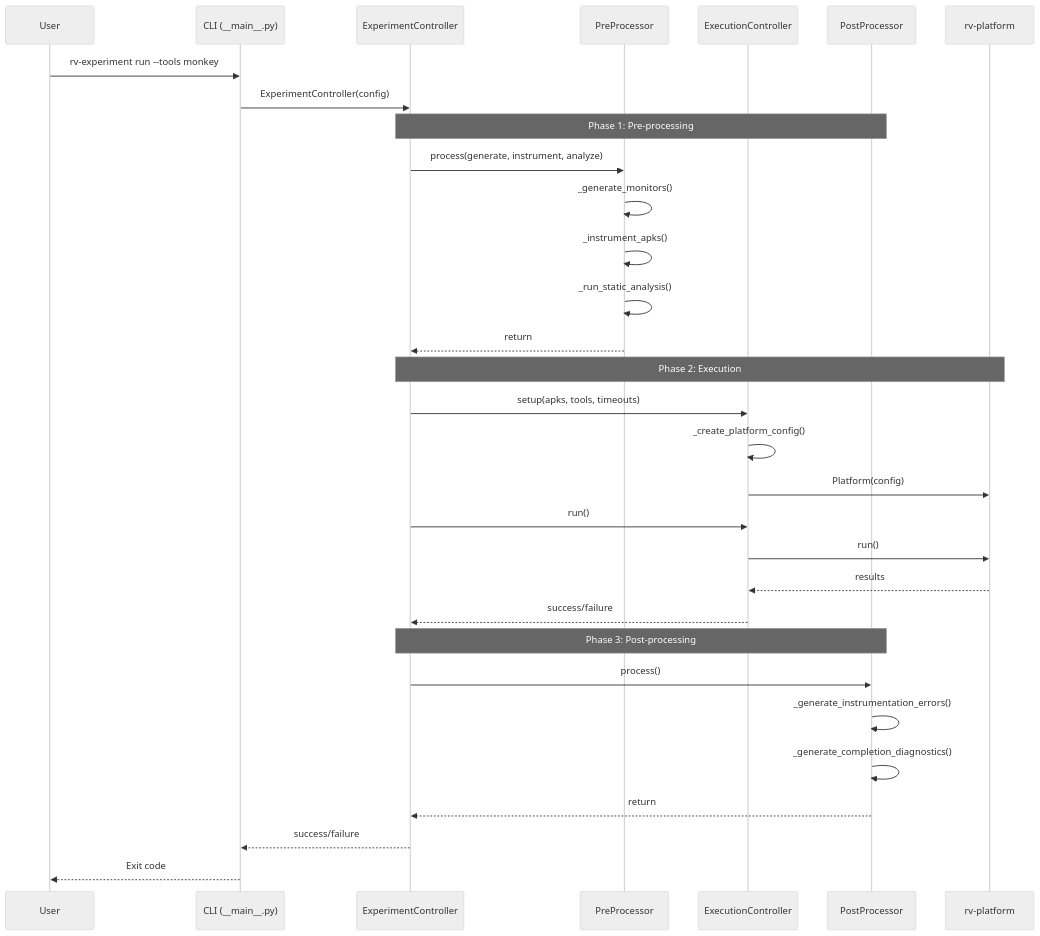
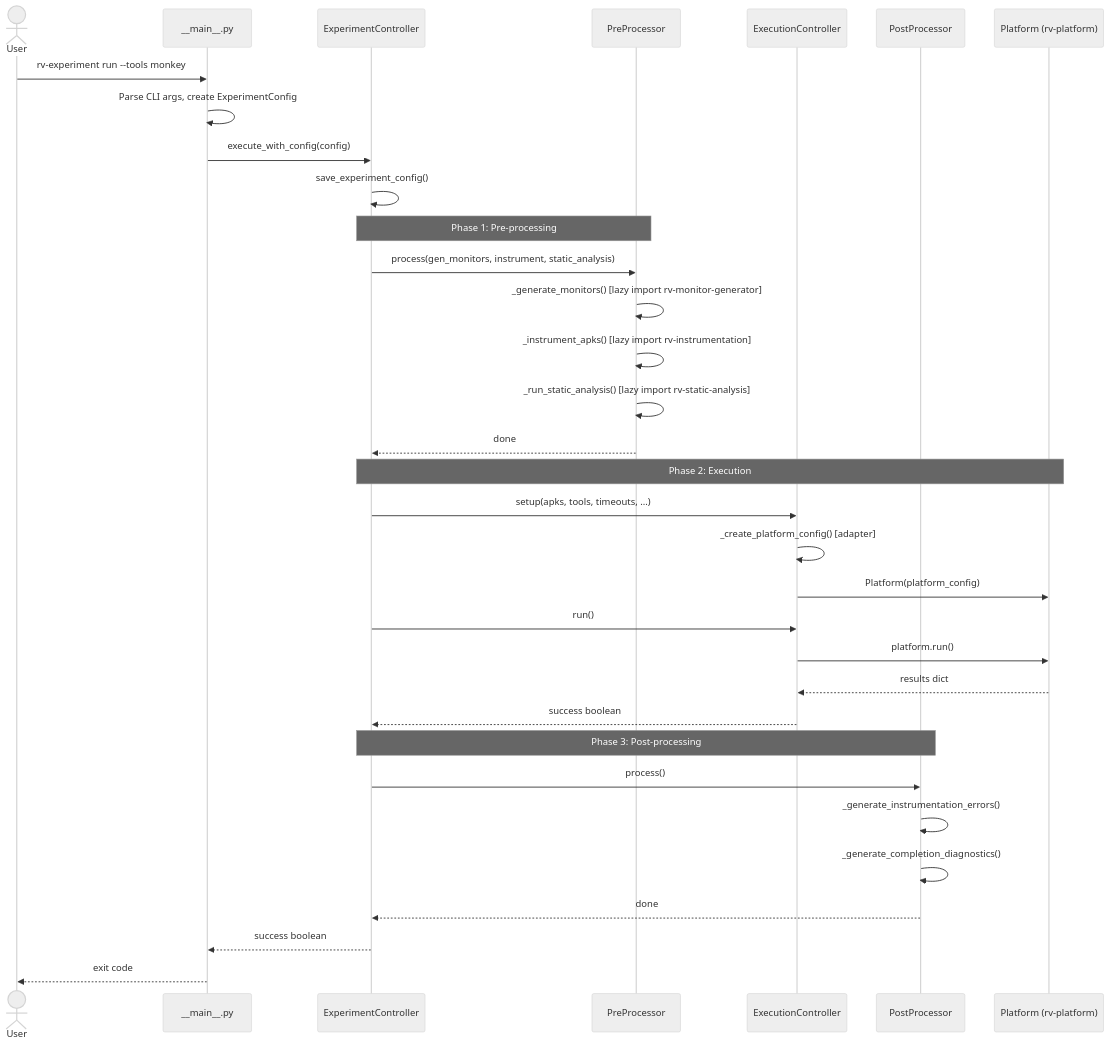
One commit to PAMunb/rvsec changed the third of 5 diagrams in rv-android/modules/rv-experiment/docs/architecture.md. Above: the diagram before and after it, drawn with Mermaid. The commit also changed other lines of this file and 7 other files, not shown here.

First line of the commit message:
test: add resume coverage for rv-platform and rv-experiment + update architecture docs

````diff
--- a/rv-android/modules/rv-experiment/docs/architecture.md
+++ b/rv-android/modules/rv-experiment/docs/architecture.md
@@ -263,39 +244,41 @@
 ```mermaid
 %%{init: {'theme': 'neutral'}}%%
 sequenceDiagram
-    participant User
-    participant CLI as CLI (__main__.py)
+    actor User
+    participant CLI as __main__.py
     participant EC as ExperimentController
-    participant Pre as PreProcessor
-    participant Exec as ExecutionController
-    participant Post as PostProcessor
-    participant Platform as rv-platform
+    participant PP as PreProcessor
+    participant XC as ExecutionController
+    participant PO as PostProcessor
+    participant PL as Platform (rv-platform)
 
     User->>CLI: rv-experiment run --tools monkey
-    CLI->>EC: ExperimentController(config)
+    CLI->>CLI: Parse CLI args, create ExperimentConfig
+    CLI->>EC: execute_with_config(config)
+    EC->>EC: save_experiment_config()
 
-    Note over EC,Post: Phase 1: Pre-processing
-    EC->>Pre: process(generate, instrument, analyze)
-    Pre->>Pre: _generate_monitors()
-    Pre->>Pre: _instrument_apks()
-    Pre->>Pre: _run_static_analysis()
-    Pre-->>EC: return
+    Note over EC,PP: Phase 1: Pre-processing
+    EC->>PP: process(gen_monitors, instrument, static_analysis)
+    PP->>PP: _generate_monitors() [lazy import rv-monitor-generator]
+    PP->>PP: _instrument_apks() [lazy import rv-instrumentation]
+    PP->>PP: _run_static_analysis() [lazy import rv-static-analysis]
+    PP-->>EC: done
 
-    Note over EC,Platform: Phase 2: Execution
-    EC->>Exec: setup(apks, tools, timeouts)
-    Exec->>Exec: _create_platform_config()
-    Exec->>Platform: Platform(config)
-    EC->>Exec: run()
-    Exec->>Platform: run()
-    Platform-->>Exec: results
-    Exec-->>EC: success/failure
+    Note over EC,PL: Phase 2: Execution
+    EC->>XC: setup(apks, tools, timeouts, ...)
+    XC->>XC: _create_platform_config() [adapter]
+    XC->>PL: Platform(platform_config)
+    EC->>XC: run()
+    XC->>PL: platform.run()
+    PL-->>XC: results dict
+    XC-->>EC: success boolean
 
-    Note over EC,Post: Phase 3: Post-processing
-    EC->>Post: process()
-    Post->>Post: _generate_instrumentation_errors()
-    Post->>Post: _generate_completion_diagnostics()
-    Post-->>EC: return
+    Note over EC,PO: Phase 3: Post-processing
+    EC->>PO: process()
+    PO->>PO: _generate_instrumentation_errors()
+    PO->>PO: _generate_completion_diagnostics()
+    PO-->>EC: done
 
-    EC-->>CLI: success/failure
-    CLI-->>User: Exit code
+    EC-->>CLI: success boolean
+    CLI-->>User: exit code
 ```
````
